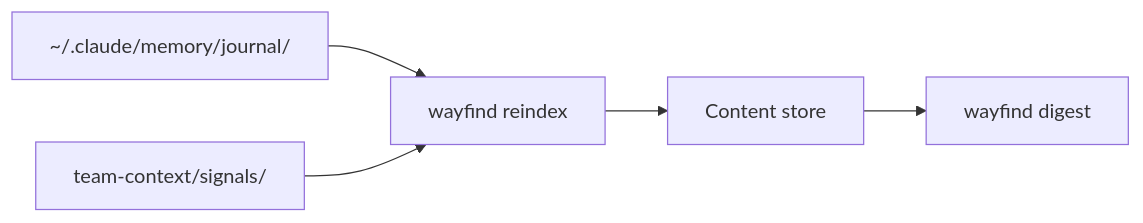
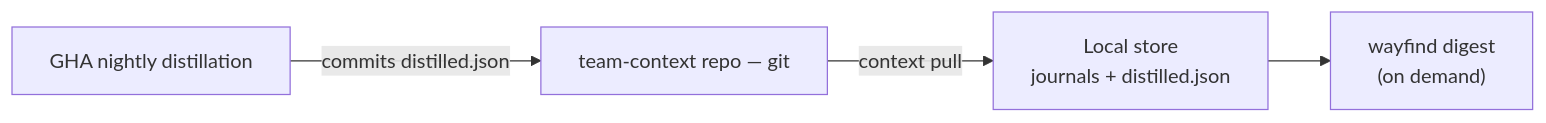
One commit to usewayfind/wayfind changed the second of 4 diagrams in docs/architecture/data-flow.md. Above: the diagram before and after it, drawn with Mermaid. The commit also changed other lines of this file and 3 other files, not shown here.

````diff
--- a/docs/architecture/data-flow.md
+++ b/docs/architecture/data-flow.md
@@ -180,7 +230,6 @@
 ```mermaid
 flowchart LR
-    Journals["~/.claude/memory/journal/"] --> Reindex["wayfind reindex"]
-    Signals["team-context/signals/"] --> Reindex
-    Reindex --> Store["Content store"]
-    Store --> Digest["wayfind digest"]
+    Repo["team-context repo — git"] -->|context pull| Local["Local store\njournals + distilled.json"]
+    GHA["GHA nightly distillation"] -->|commits distilled.json| Repo
+    Local --> Digest["wayfind digest\n(on demand)"]
 ```
````
